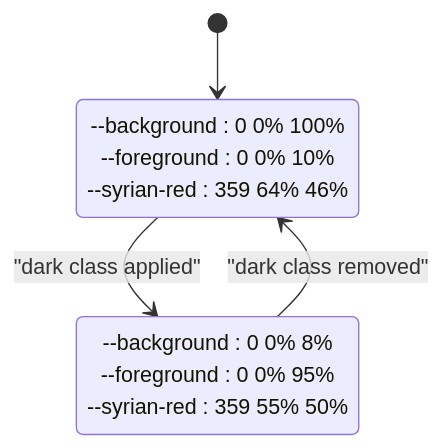
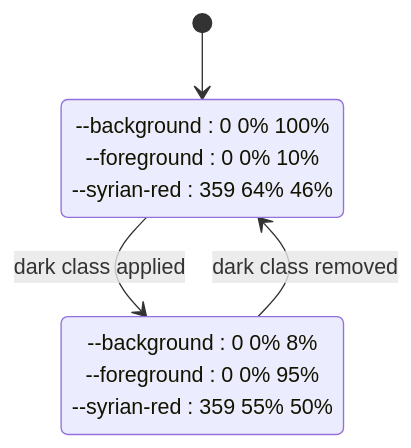
The fourth of 7 diagrams in .qoder/repowiki/en/content/Customization Guide/Theme Customization.md (mohjak/sc-dof), drawn with Mermaid before and after one commit. The commit also changed other lines of this file and 68 other files, not shown here.

First line of the commit message:
docs(docs): update component architecture docs with markdown formatting fixes

````diff
--- a/.qoder/repowiki/en/content/Customization Guide/Theme Customization.md
+++ b/.qoder/repowiki/en/content/Customization Guide/Theme Customization.md
@@ -126,8 +124,8 @@
 ```mermaid
 stateDiagram-v2
 [*] --> LightMode
-LightMode --> DarkMode : "dark class applied"
-DarkMode --> LightMode : "dark class removed"
+LightMode --> DarkMode : dark class applied
+DarkMode --> LightMode : dark class removed
 LightMode : --background : 0 0% 100%<br/>--foreground : 0 0% 10%<br/>--syrian-red : 359 64% 46%
 DarkMode : --background : 0 0% 8%<br/>--foreground : 0 0% 95%<br/>--syrian-red : 359 55% 50%
 ```
````
